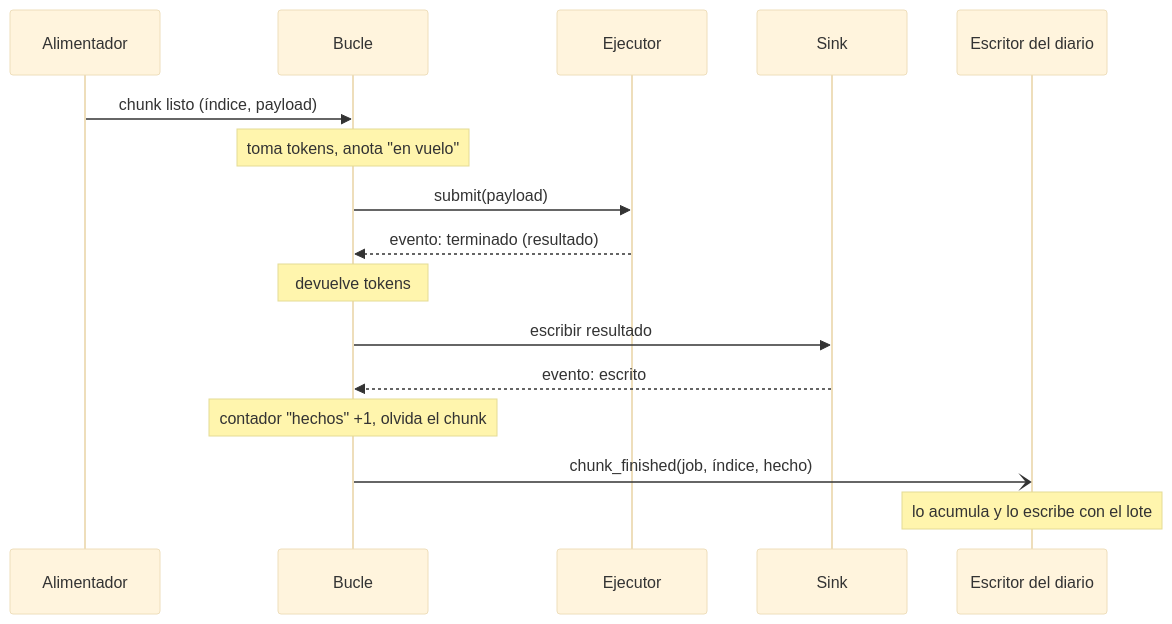
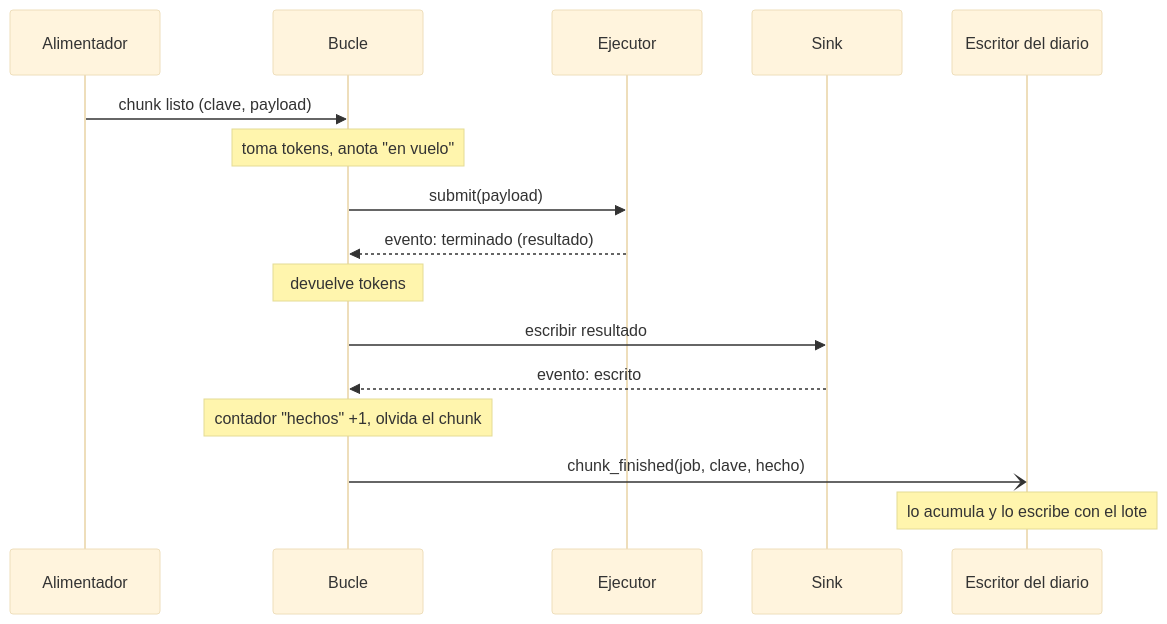
One commit to MolSuite/ms_flow changed the second of 3 diagrams in benchmarks/refactor_optimization/docs/02-diseno-motor.md. Above: the diagram before and after it, drawn with Mermaid (base theme). The commit also changed other lines of this file, not shown here.

````diff
--- a/benchmarks/refactor_optimization/docs/02-diseno-motor.md
+++ b/benchmarks/refactor_optimization/docs/02-diseno-motor.md
@@ -215,19 +243,19 @@
 ```mermaid
 sequenceDiagram
     participant F as Alimentador
     participant L as Bucle
     participant E as Ejecutor
     participant S as Sink
     participant J as Escritor del diario
 
-    F->>L: chunk listo (índice, payload)
+    F->>L: chunk listo (clave, payload)
     Note over L: toma tokens, anota "en vuelo"
     L->>E: submit(payload)
     E-->>L: evento: terminado (resultado)
     Note over L: devuelve tokens
     L->>S: escribir resultado
     S-->>L: evento: escrito
     Note over L: contador "hechos" +1, olvida el chunk
-    L-)J: chunk_finished(job, índice, hecho)
+    L-)J: chunk_finished(job, clave, hecho)
     Note over J: lo acumula y lo escribe con el lote
 ```
````
